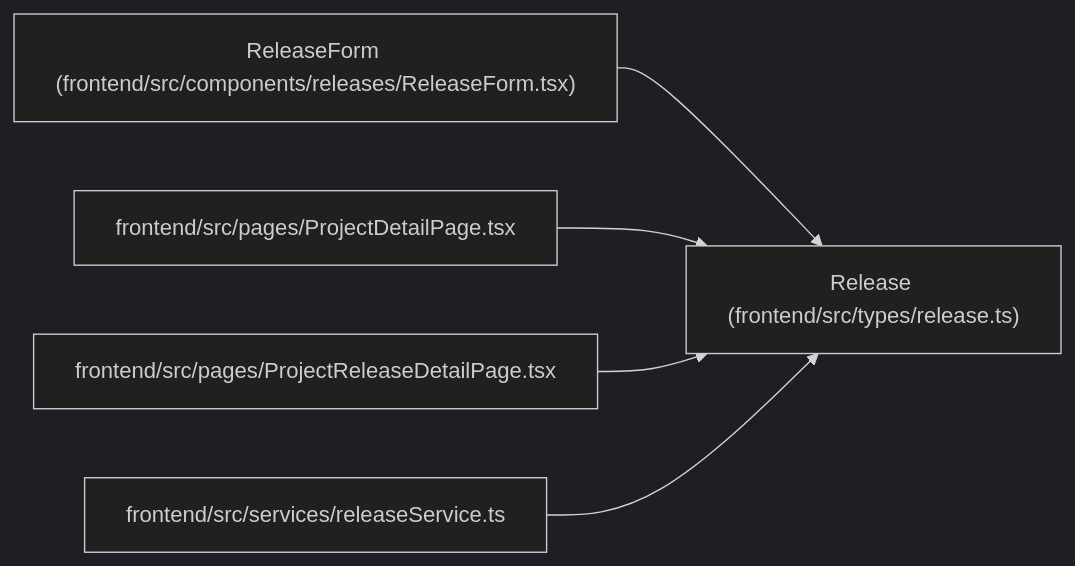
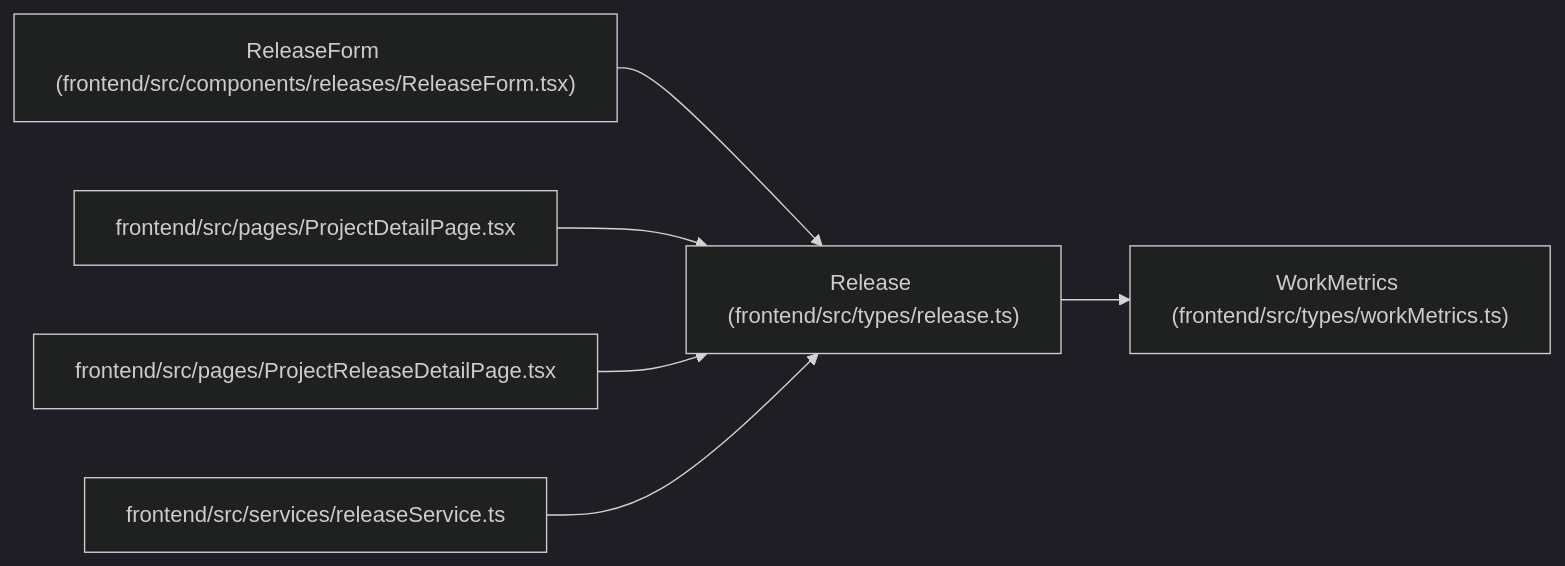
Before and after one commit to Denissvgn/WorkChord: the diagram in docs/llm_wiki/entities/types_release_Release.md, drawn with Mermaid (dark theme). The commit also changed other lines of this file and 958 other files, not shown here.

First line of the commit message:
docs(wiki): refresh identity and recovery architecture

````diff
--- a/docs/llm_wiki/entities/types_release_Release.md
+++ b/docs/llm_wiki/entities/types_release_Release.md
@@ -37,17 +37,20 @@
 ```mermaid
 flowchart LR
     n0["Release (frontend/src/types/release.ts)"]
-    n1["ReleaseForm (frontend/src/components/releases/ReleaseForm.tsx)"]
-    n2["frontend/src/pages/ProjectDetailPage.tsx"]
-    n3["frontend/src/pages/ProjectReleaseDetailPage.tsx"]
-    n4["frontend/src/services/releaseService.ts"]
-    n1 --> n0
+    n1["WorkMetrics (frontend/src/types/workMetrics.ts)"]
+    n2["ReleaseForm (frontend/src/components/releases/ReleaseForm.tsx)"]
+    n3["frontend/src/pages/ProjectDetailPage.tsx"]
+    n4["frontend/src/pages/ProjectReleaseDetailPage.tsx"]
+    n5["frontend/src/services/releaseService.ts"]
+    n0 --> n1
     n2 --> n0
     n3 --> n0
     n4 --> n0
+    n5 --> n0
     click n0 "../modules/types_release.md"
-    click n1 "../modules/ReleaseForm.md"
-    click n2 "../modules/ProjectDetailPage.md"
-    click n3 "../modules/ProjectReleaseDetailPage.md"
-    click n4 "../modules/releaseService.md"
+    click n1 "../modules/workMetrics.md"
+    click n2 "../modules/ReleaseForm.md"
+    click n3 "../modules/ProjectDetailPage.md"
+    click n4 "../modules/ProjectReleaseDetailPage.md"
+    click n5 "../modules/releaseService.md"
 ```
````
